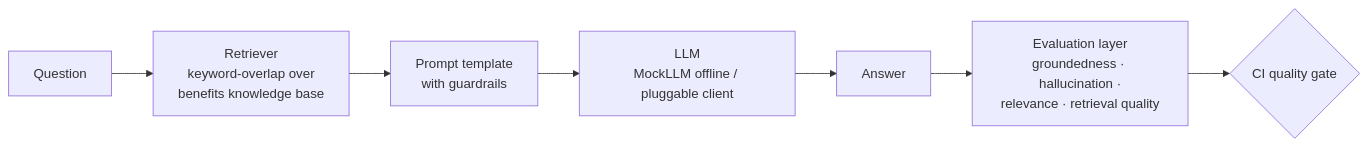
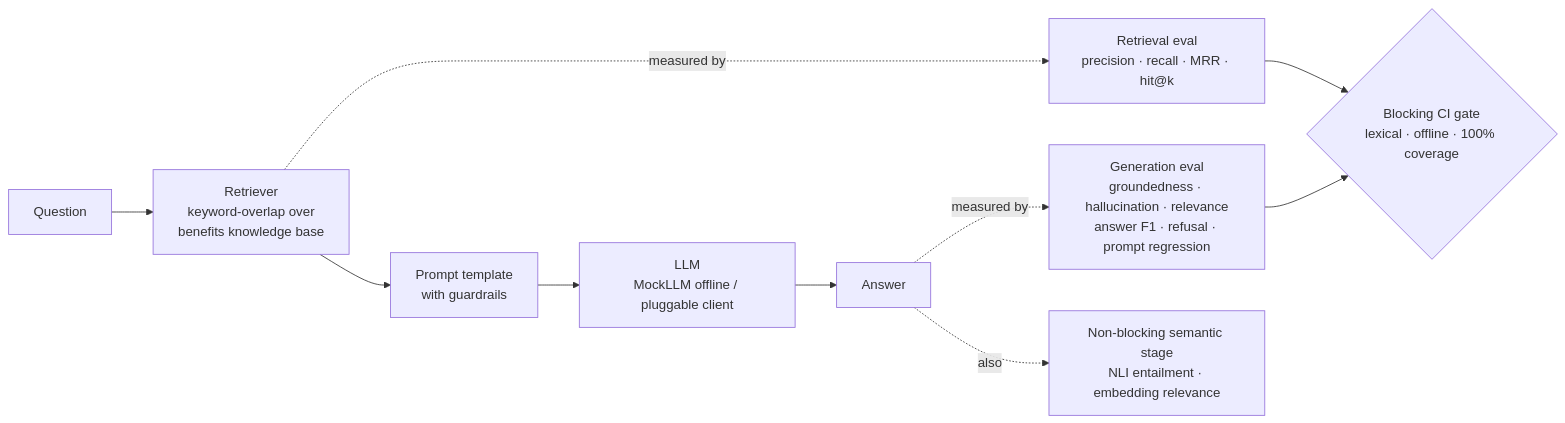
The diagram in README.md (IshanGaikwad/GenAI-Quality-Lab), drawn with Mermaid before and after one commit.

Commit message:
docs: expand architecture diagram to show all metrics and both eval tiers

````diff
--- a/README.md
+++ b/README.md
@@ -65,9 +65,14 @@
 ```mermaid
 flowchart LR
     Q[Question] --> R[Retriever<br/>keyword-overlap over<br/>benefits knowledge base]
     R --> P[Prompt template<br/>with guardrails]
     P --> L[LLM<br/>MockLLM offline / pluggable client]
     L --> A[Answer]
-    A --> E[Evaluation layer<br/>groundedness · hallucination ·<br/>relevance · retrieval quality]
-    E --> G{CI quality gate}
+
+    R -.->|measured by| RE[Retrieval eval<br/>precision · recall · MRR · hit@k]
+    A -.->|measured by| GE[Generation eval<br/>groundedness · hallucination · relevance<br/>answer F1 · refusal · prompt regression]
+    RE --> G{Blocking CI gate<br/>lexical · offline · 100% coverage}
+    GE --> G
+
+    A -.->|also| S[Non-blocking semantic stage<br/>NLI entailment · embedding relevance]
 ```
````
